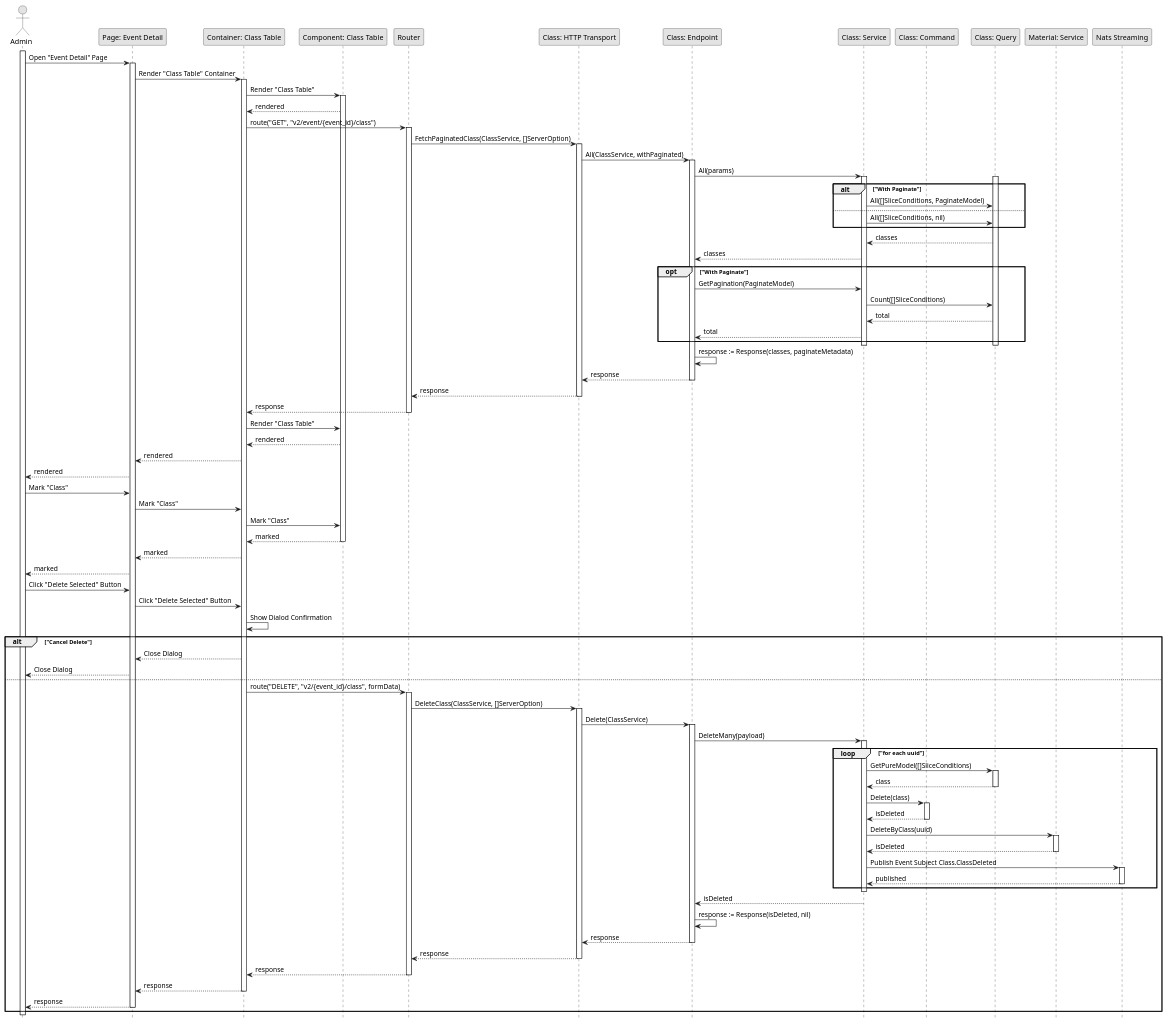
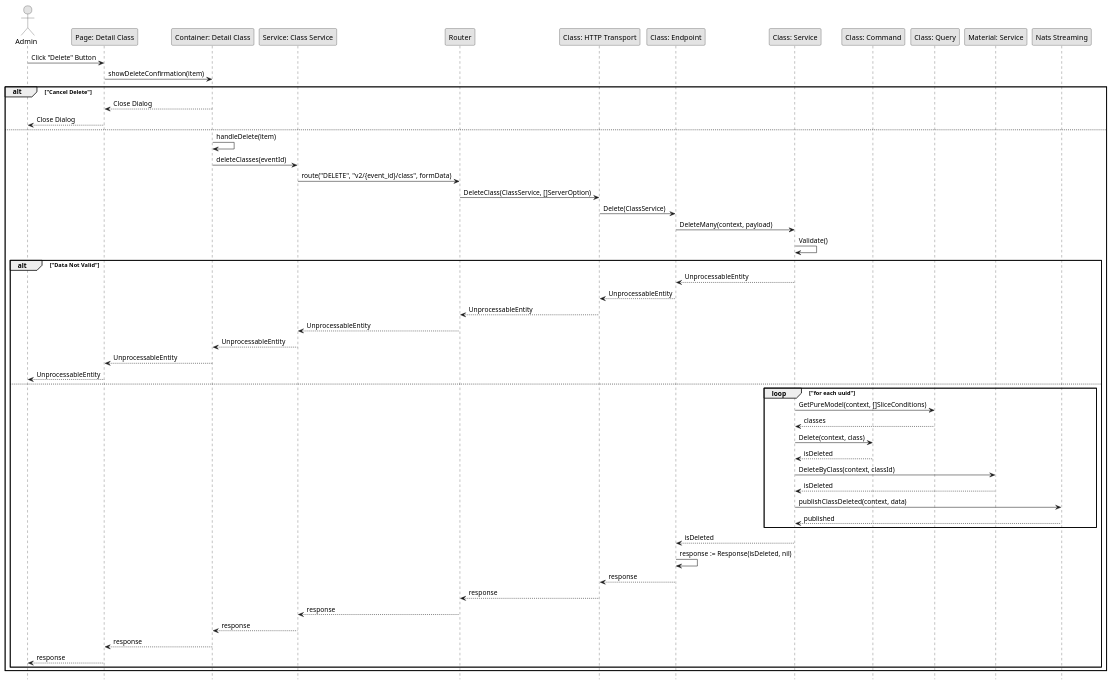
The diagram in Sequence/Release02/DeleteClass.wsd (fwidjaya20/fazzlearning-uml), drawn with PlantUML before and after one commit. The commit also changed 29 other files, not shown here.

Commit message:
fix(sequence): fix invalid sequence

```diff
--- a/Sequence/Release02/DeleteClass.wsd
+++ b/Sequence/Release02/DeleteClass.wsd
@@ -1,131 +1,69 @@
 @startuml DeleteClass
 
 skinparam Monochrome true
 skinparam Shadowing false
 hide footbox
 
 actor Admin
-participant "Page: Event Detail" as EventDetailPage
-participant "Container: Class Table" as ClassTableContainer
-participant "Component: Class Table" as ClassTable
+participant "Page: Detail Class" as DetailClassPage
+participant "Container: Detail Class" as DetailClassContainer
+participant "Service: Class Service" as FEClassService
 participant "Router" as Router
 participant "Class: HTTP Transport" as ClassHTTPTransport
 participant "Class: Endpoint" as ClassEndpoint
 participant "Class: Service" as ClassService
 participant "Class: Command" as ClassCommand
 participant "Class: Query" as ClassQuery
 participant "Material: Service" as MaterialService
 participant "Nats Streaming" as NatsStreaming
 
-activate Admin
-
-Admin->EventDetailPage: Open "Event Detail" Page
-activate EventDetailPage
-EventDetailPage->ClassTableContainer: Render "Class Table" Container
-activate ClassTableContainer
-ClassTableContainer->ClassTable: Render "Class Table"
-activate ClassTable
-ClassTable-->ClassTableContainer: rendered
-ClassTableContainer->Router: route("GET", "v2/event/{event_id}/class")
-activate Router
-Router->ClassHTTPTransport: FetchPaginatedClass(ClassService, []ServerOption)
-activate ClassHTTPTransport
-ClassHTTPTransport->ClassEndpoint: All(ClassService, withPaginated)
-activate ClassEndpoint
-ClassEndpoint->ClassService: All(params)
-
-activate ClassService
-activate ClassQuery
-alt "With Paginate"
-    ClassService->ClassQuery: All([]SliceConditions, PaginateModel)
-else
-    ClassService->ClassQuery: All([]SliceConditions, nil)
-end
-ClassQuery-->ClassService: classes
-ClassService-->ClassEndpoint: classes
-
-opt "With Paginate"
-    ClassEndpoint->ClassService: GetPagination(PaginateModel)
-    ClassService->ClassQuery: Count([]SliceConditions)
-    ClassQuery-->ClassService: total
-    ClassService-->ClassEndpoint: total
-end
-deactivate ClassQuery
-deactivate ClassService
-
-ClassEndpoint->ClassEndpoint: response := Response(classes, paginateMetadata)
-ClassEndpoint-->ClassHTTPTransport: response
-deactivate ClassEndpoint
-ClassHTTPTransport-->Router: response
-deactivate ClassHTTPTransport
-Router-->ClassTableContainer: response
-deactivate Router
-ClassTableContainer->ClassTable: Render "Class Table"
-ClassTable-->ClassTableContainer: rendered
-ClassTableContainer-->EventDetailPage: rendered
-EventDetailPage-->Admin: rendered
-
-Admin->EventDetailPage: Mark "Class"
-EventDetailPage->ClassTableContainer: Mark "Class"
-ClassTableContainer->ClassTable: Mark "Class"
-ClassTable-->ClassTableContainer: marked
-deactivate ClassTable
-ClassTableContainer-->EventDetailPage: marked
-EventDetailPage-->Admin: marked
-
-Admin->EventDetailPage: Click "Delete Selected" Button
-EventDetailPage->ClassTableContainer: Click "Delete Selected" Button
-ClassTableContainer->ClassTableContainer: Show Dialod Confirmation
+Admin->DetailClassPage: Click "Delete" Button
+DetailClassPage->DetailClassContainer: showDeleteConfirmation(item)
 
 alt "Cancel Delete"
-    ClassTableContainer-->EventDetailPage: Close Dialog
-    EventDetailPage-->Admin: Close Dialog
+    DetailClassContainer-->DetailClassPage: Close Dialog
+    DetailClassPage-->Admin: Close Dialog
 else
-    ClassTableContainer->Router: route("DELETE", "v2/{event_id}/class", formData)
-    activate Router
+    DetailClassContainer->DetailClassContainer: handleDelete(item)
+    DetailClassContainer->FEClassService: deleteClasses(eventId)
+    FEClassService->Router: route("DELETE", "v2/{event_id}/class", formData)
     Router->ClassHTTPTransport: DeleteClass(ClassService, []ServerOption)
-    activate ClassHTTPTransport
     ClassHTTPTransport->ClassEndpoint: Delete(ClassService)
-    activate ClassEndpoint
-    ClassEndpoint->ClassService: DeleteMany(payload)
+    ClassEndpoint->ClassService: DeleteMany(context, payload)
+    ClassService->ClassService: Validate()
 
-    activate ClassService
-    loop "for each uuid"
-        ClassService->ClassQuery: GetPureModel([]SliceConditions)
-        activate ClassQuery
-        ClassQuery-->ClassService: class
-        deactivate ClassQuery
+    alt "Data Not Valid"
+        ClassService-->ClassEndpoint: UnprocessableEntity
+        ClassEndpoint-->ClassHTTPTransport: UnprocessableEntity
+        ClassHTTPTransport-->Router: UnprocessableEntity
+        Router-->FEClassService: UnprocessableEntity
+        FEClassService-->DetailClassContainer: UnprocessableEntity
+        DetailClassContainer-->DetailClassPage: UnprocessableEntity
+        DetailClassPage-->Admin: UnprocessableEntity
+    else
+        loop "for each uuid"
+            ClassService->ClassQuery: GetPureModel(context, []SliceConditions)
+            ClassQuery-->ClassService: classes
 
-        ClassService->ClassCommand: Delete(class)
-        activate ClassCommand
-        ClassCommand-->ClassService: isDeleted
-        deactivate ClassCommand
+            ClassService->ClassCommand: Delete(context, class)
+            ClassCommand-->ClassService: isDeleted
 
-        ClassService->MaterialService: DeleteByClass(uuid)
-        activate MaterialService
-        MaterialService-->ClassService: isDeleted
-        deactivate MaterialService
-        ClassService->NatsStreaming: Publish Event Subject Class.ClassDeleted
-        activate NatsStreaming
-        NatsStreaming-->ClassService: published
-        deactivate NatsStreaming
+            ClassService->MaterialService: DeleteByClass(context, classId)
+            MaterialService-->ClassService: isDeleted
+
+            ClassService->NatsStreaming: publishClassDeleted(context, data)
+            NatsStreaming-->ClassService: published
+        end
+        
+        ClassService-->ClassEndpoint: isDeleted
+        ClassEndpoint->ClassEndpoint: response := Response(isDeleted, nil)
+        ClassEndpoint-->ClassHTTPTransport: response
+        ClassHTTPTransport-->Router: response
+        Router-->FEClassService: response
+        FEClassService-->DetailClassContainer: response
+        DetailClassContainer-->DetailClassPage: response
+        DetailClassPage-->Admin: response
     end
-    deactivate ClassService
-    
-    ClassService-->ClassEndpoint: isDeleted
-    ClassEndpoint->ClassEndpoint: response := Response(isDeleted, nil)
-    ClassEndpoint-->ClassHTTPTransport: response
-    deactivate ClassEndpoint
-    ClassHTTPTransport-->Router: response
-    deactivate ClassHTTPTransport
-    Router-->ClassTableContainer: response
-    deactivate Router
-    ClassTableContainer-->EventDetailPage: response
-    deactivate ClassTableContainer
-    EventDetailPage-->Admin: response
-    deactivate EventDetailPage
 end
 
-deactivate Admin
-
 @enduml
```
